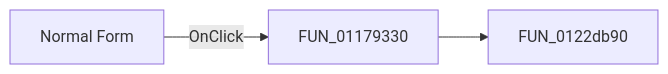
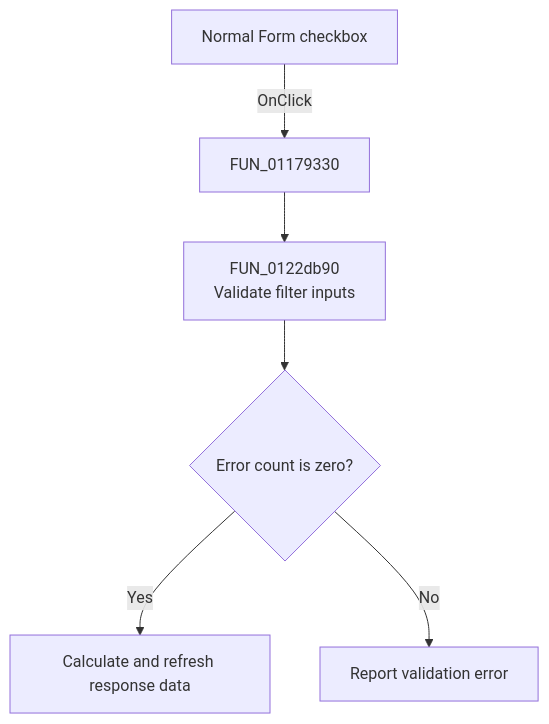
One commit to MovGP0/TIARA changed the diagram in docs/ui-controls/response-form1/normalformcheckbox1-21c774c188.md. Above: the diagram before and after it, drawn with Mermaid. The commit also changed other lines of this file and 1062 other files, not shown here.

````diff
--- a/docs/ui-controls/response-form1/normalformcheckbox1-21c774c188.md
+++ b/docs/ui-controls/response-form1/normalformcheckbox1-21c774c188.md
@@ -27,5 +27,8 @@
 ```mermaid
-flowchart LR
-    control["Normal Form"] -->|OnClick| handler["FUN_01179330"]
-    handler --> call1["FUN_0122db90"]
+flowchart TD
+    control["Normal Form checkbox"] -->|OnClick| handler["FUN_01179330"]
+    handler --> validate["FUN_0122db90<br/>Validate filter inputs"]
+    validate --> ok{"Error count is zero?"}
+    ok -->|Yes| refresh["Calculate and refresh response data"]
+    ok -->|No| error["Report validation error"]
 ```
````
